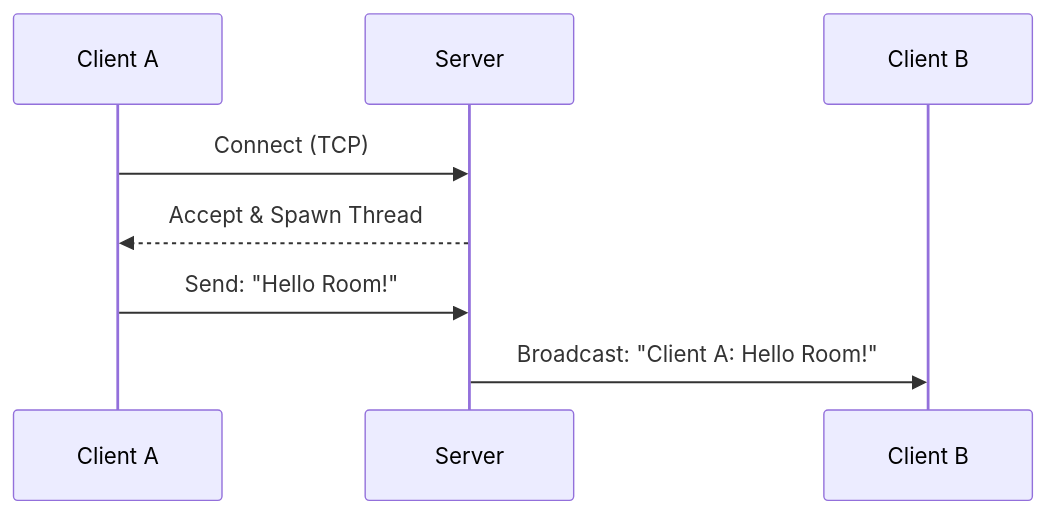
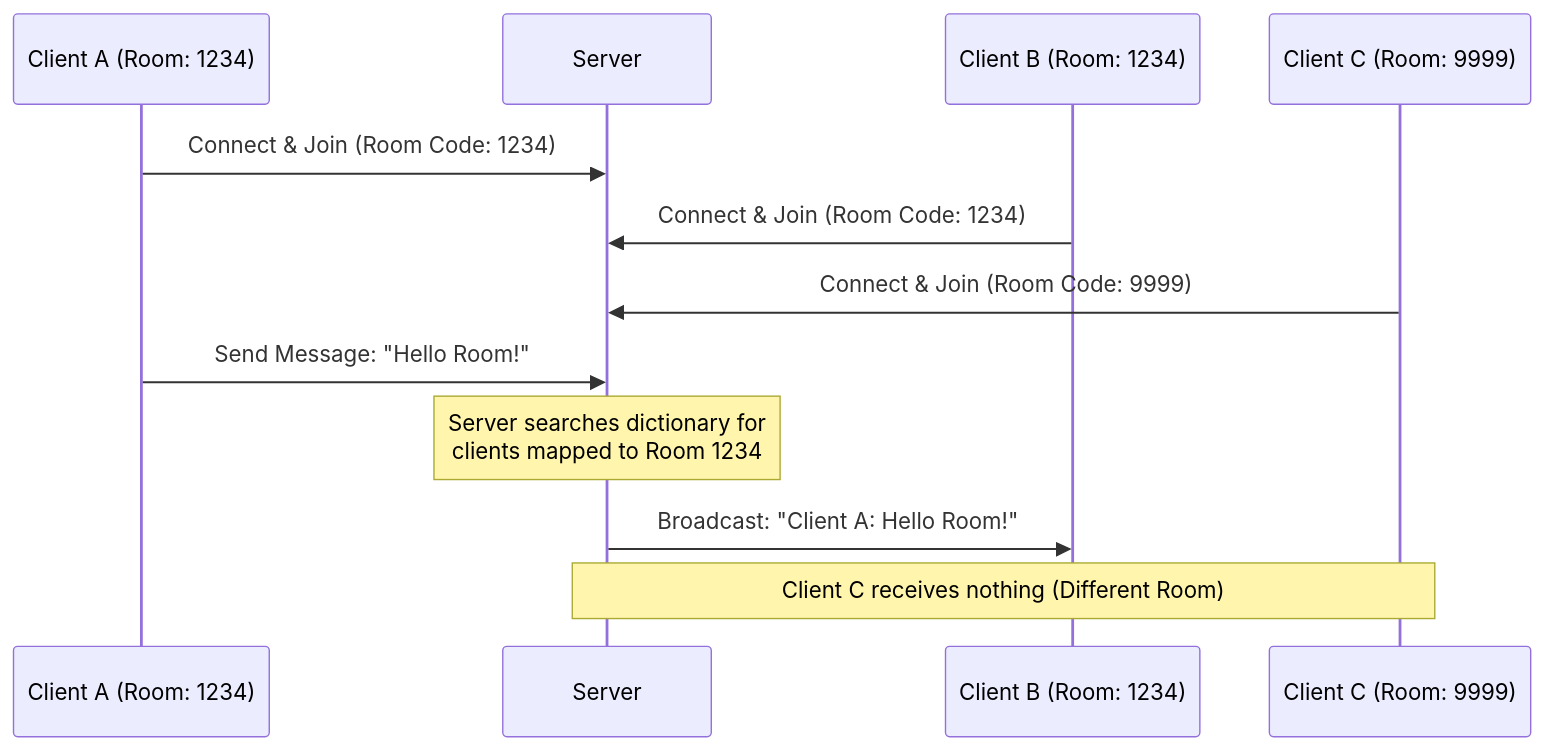
One commit to hrittik702/Chat-Room changed the diagram in readme.md. Above: the diagram before and after it, drawn with Mermaid. The commit also changed other lines of this file, not shown here.

Commit message:
System Architecture redefine

````diff
--- a/readme.md
+++ b/readme.md
@@ -8,12 +8,18 @@
 ```mermaid
 sequenceDiagram
-    participant Client A
-    participant Server
-    participant Client B
+    participant A as Client A (Room: 1234)
+    participant S as Server
+    participant B as Client B (Room: 1234)
+    participant C as Client C (Room: 9999)
     
-    Client A->>Server: Connect (TCP)
-    Server-->>Client A: Accept & Spawn Thread
-    Client A->>Server: Send: "Hello Room!"
-    Server->>Client B: Broadcast: "Client A: Hello Room!"
+    A->>S: Connect & Join (Room Code: 1234)
+    B->>S: Connect & Join (Room Code: 1234)
+    C->>S: Connect & Join (Room Code: 9999)
     
+    A->>S: Send Message: "Hello Room!"
+    
+    Note over S: Server searches dictionary for<br/>clients mapped to Room 1234
+    
+    S->>B: Broadcast: "Client A: Hello Room!"
+    Note over S, C: Client C receives nothing (Different Room)
 ```
````
